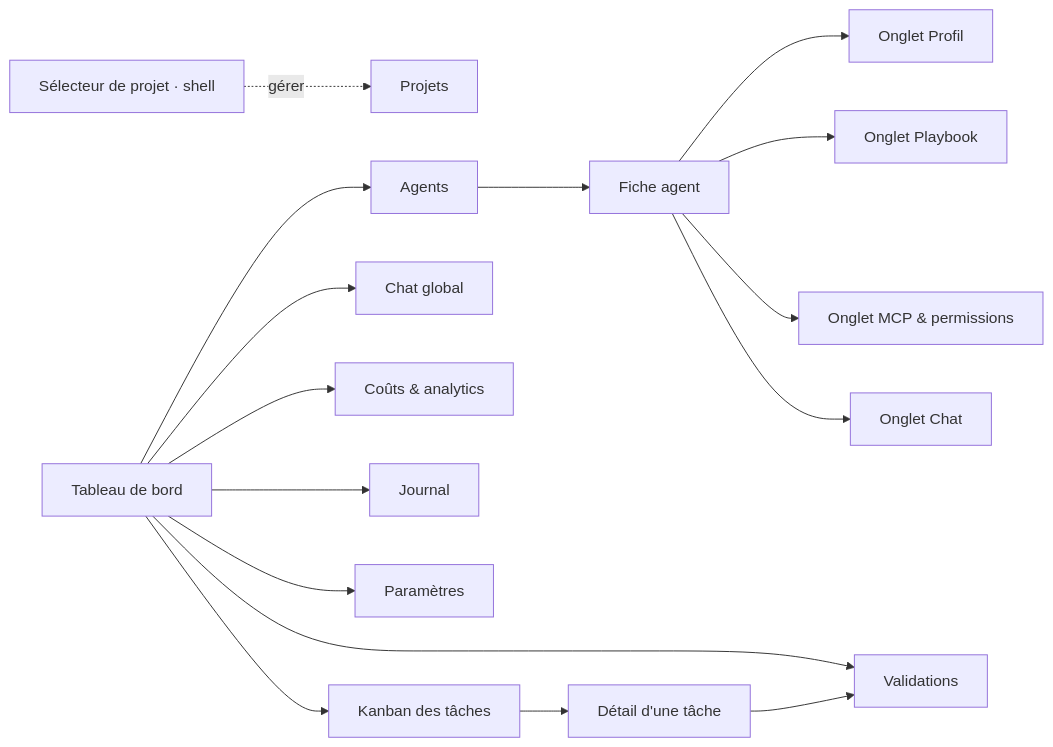
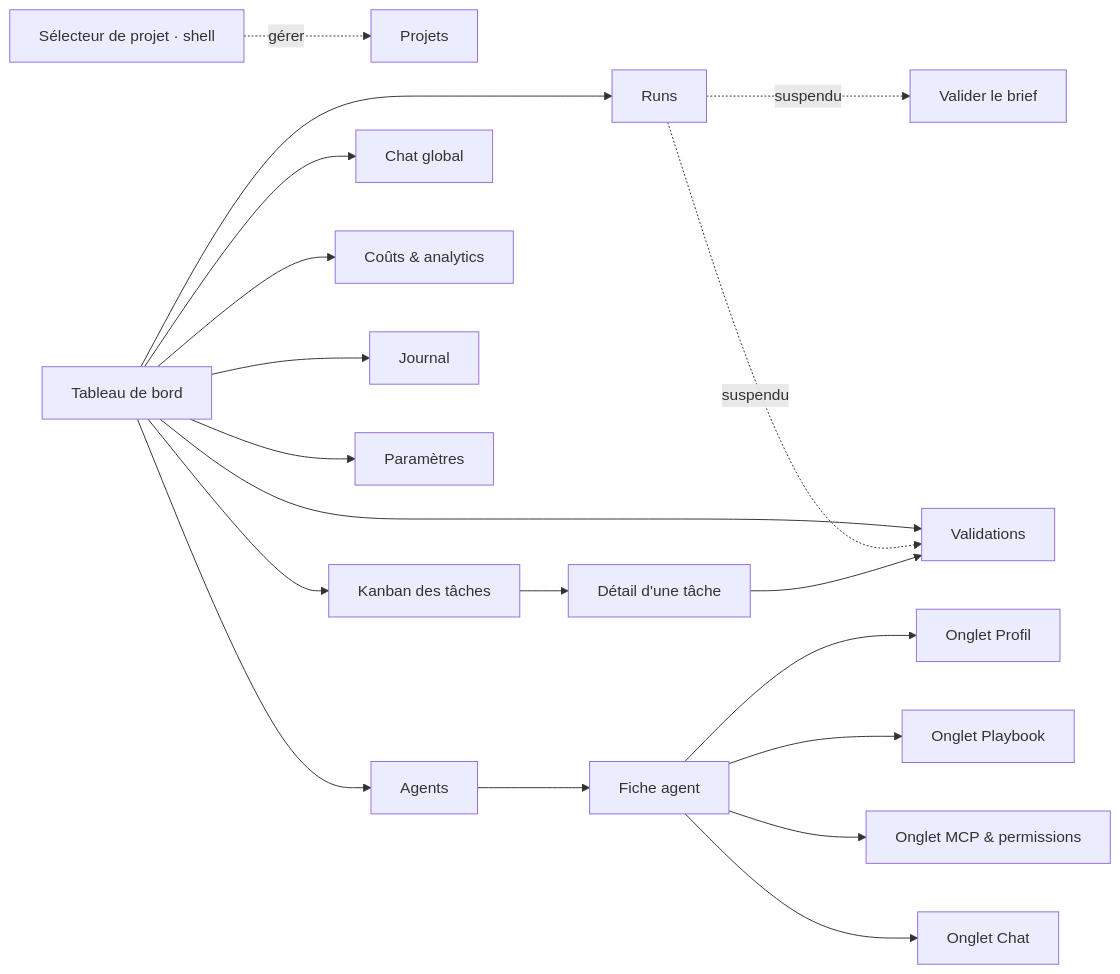
One commit to automatemaestro-create/maestro changed the diagram in docs/05-interface-control-tower.md. Above: the diagram before and after it, drawn with Mermaid. The commit also changed other lines of this file and 8 other files, not shown here.

````diff
--- a/docs/05-interface-control-tower.md
+++ b/docs/05-interface-control-tower.md
@@ -35,18 +35,21 @@
 ```mermaid
 flowchart LR
     Selecteur[Sélecteur de projet · shell] -. gérer .-> Projets[Projets]
-    Home[Tableau de bord] --> Agents[Agents]
+    Home[Tableau de bord] --> Runs[Runs]
+    Home --> Agents[Agents]
     Home --> Chat[Chat global]
     Home --> Costs[Coûts & analytics]
     Home --> Approve[Validations]
     Home --> Journal[Journal]
     Home --> Settings[Paramètres]
     Home --> Tasks[Kanban des tâches]
+    Runs -. suspendu .-> Brief[Valider le brief]
+    Runs -. suspendu .-> Approve
     Agents --> AgentDetail[Fiche agent]
     AgentDetail --> Profil[Onglet Profil]
     AgentDetail --> Playbook[Onglet Playbook]
     AgentDetail --> Mcp[Onglet MCP & permissions]
     AgentDetail --> AgentChat[Onglet Chat]
     Tasks --> TaskDetail[Détail d'une tâche]
     TaskDetail --> Approve
 ```
````
